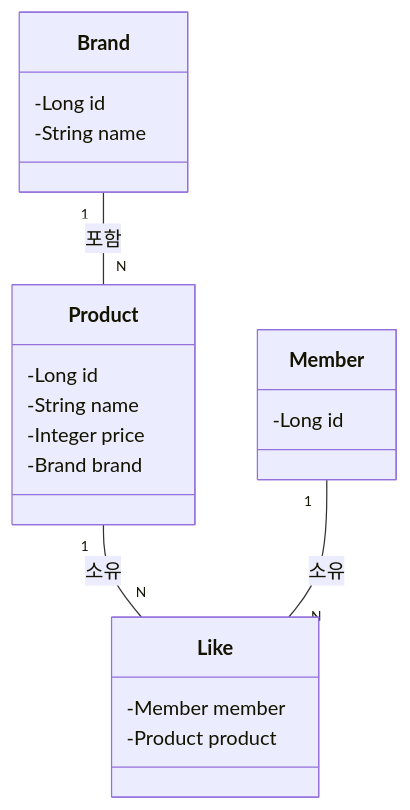
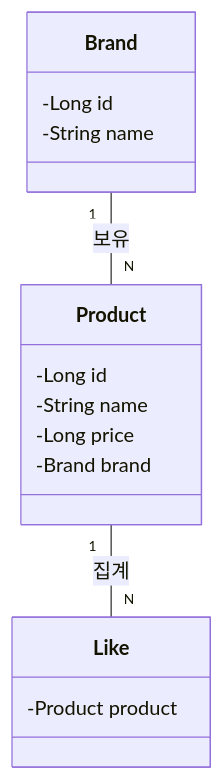
The first of 9 diagrams in docs/design/03-class-diagrams.md (dhgu-dev/e-commerce), drawn with Mermaid before and after one commit. The commit also changed other lines of this file and 3 other files, not shown here.

First line of the commit message:
docs: 시퀀스 및 클래스 다이어그램 개선 (#11)

````diff
--- a/docs/design/03-class-diagrams.md
+++ b/docs/design/03-class-diagrams.md
@@ -7,24 +7,19 @@
 ```mermaid
 classDiagram
     class Product {
         -Long id
         -String name
-        -Integer price
+        -Long price
         -Brand brand
     }
     class Brand {
         -Long id
         -String name
     }
     class Like {
-        -Member member
         -Product product
     }
-    class Member {
-        -Long id
-    }
 
-    Brand "1" -- "N" Product : 포함
-    Product "1" -- "N" Like : 소유
-    Member "1" -- "N" Like : 소유
+    Brand "1" -- "N" Product : 보유
+    Product "1" -- "N" Like : 집계
 ```
````
